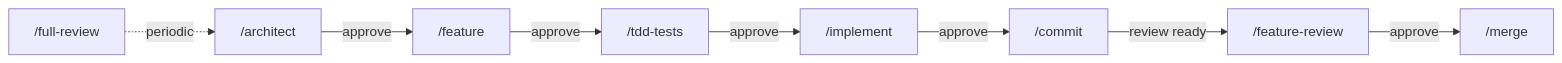
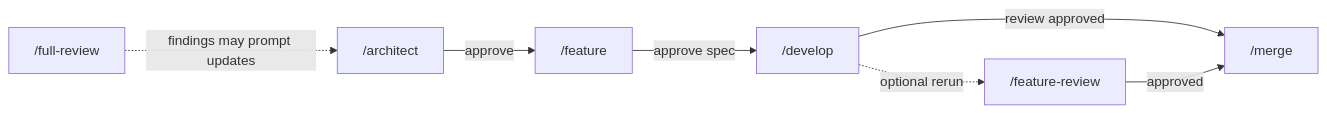
The first of 2 diagrams in docs/architecture.md (sjev/robodev), drawn with Mermaid before and after one commit. The commit also changed other lines of this file and 2 other files, not shown here.

````diff
--- a/docs/architecture.md
+++ b/docs/architecture.md
@@ -69,10 +50,9 @@
 ```mermaid
 flowchart LR
     A["/architect"] -->|approve| B["/feature"]
-    B -->|approve| C["/tdd-tests"]
-    C -->|approve| D["/implement"]
-    D -->|approve| E["/commit"]
-    E -->|review ready| F["/feature-review"]
-    F -->|approve| G["/merge"]
-    H["/full-review"] -.->|periodic| A
+    B -->|approve spec| C["/develop"]
+    C -->|review approved| D["/merge"]
+    C -.->|optional rerun| E["/feature-review"]
+    E -->|approved| D
+    F["/full-review"] -.->|findings may prompt updates| A
 ```
````
